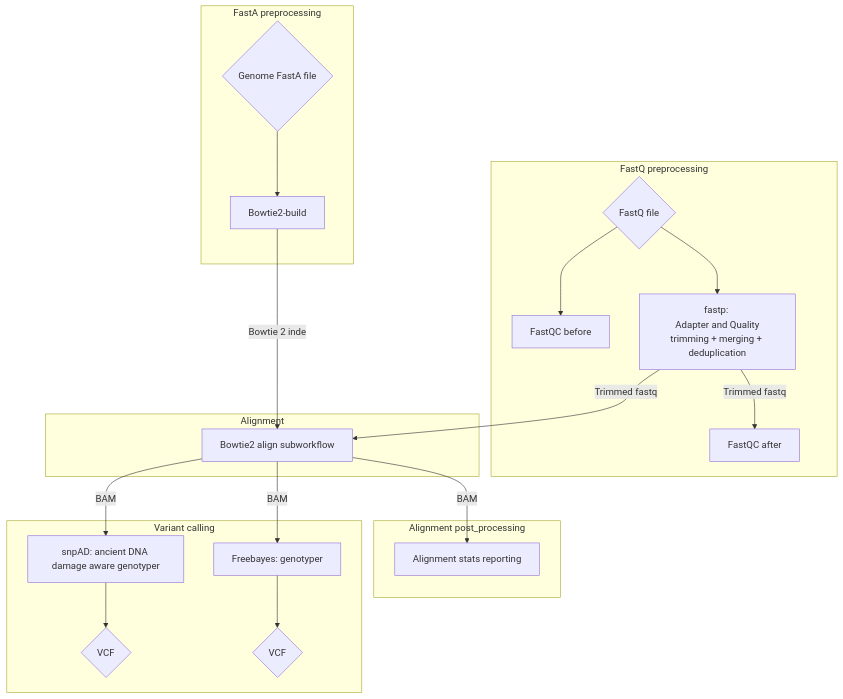
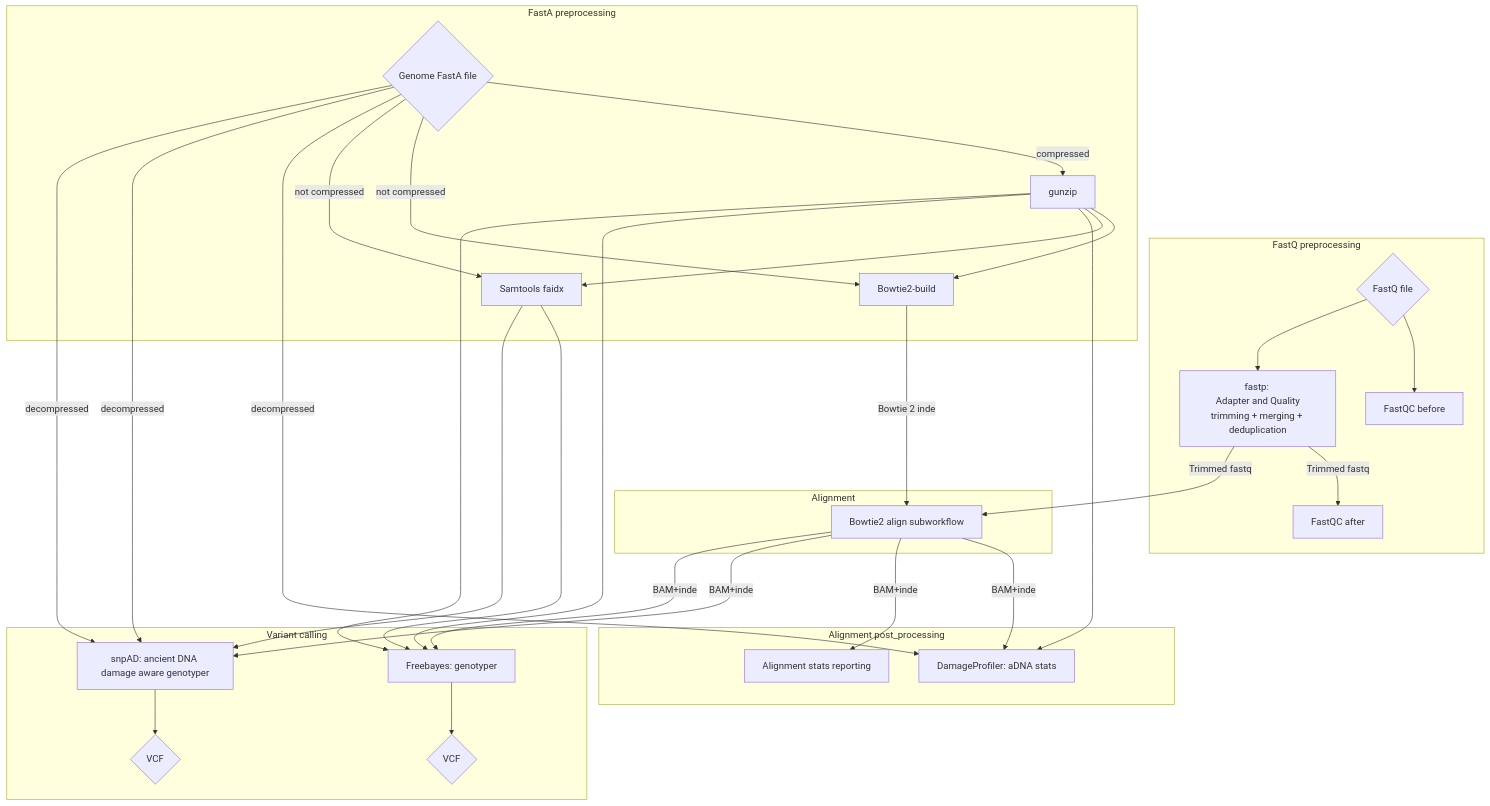
Before and after one commit to maxibor/adnamap: the diagram in README.md, drawn with Mermaid.

````diff
--- a/README.md
+++ b/README.md
@@ -78,37 +78,52 @@
 ```mermaid
 flowchart TD
     subgraph fastq_process[FastQ preprocessing]
         fastq{FastQ file}
         fastqc_before[FastQC before]
         fastp["fastp: \n Adapter and Quality trimming + merging + deduplication"]
         fastqc_after[FastQC after]
         fastq --> fastqc_before
         fastq --> fastp
         fastp -- Trimmed fastq --> fastqc_after
     end
     subgraph fastq_preproprecessing[FastA preprocessing]
         fasta{Genome FastA file}
+        faidx[Samtools faidx]
+        fasta --compressed-->gunzip
+        gunzip-->bowtie2_build
         bowtie2_build[Bowtie2-build]
-        fasta --> bowtie2_build
+        fasta--not compressed--> bowtie2_build
+        gunzip-->faidx
+        fasta--not compressed-->faidx
     end
     subgraph alignment[Alignment]
         bowtie2_align["Bowtie2 align subworkflow"]
         bowtie2_build --Bowtie 2 index--> bowtie2_align
         fastp --Trimmed fastq--> bowtie2_align
     end
     subgraph alignment_post[Alignment post_processing]
         qualimap[Alignment stats reporting]
-        bowtie2_align--BAM-->qualimap
+        damageprofiler[DamageProfiler: aDNA stats]
+        fasta--decompressed-->damageprofiler
+        gunzip-->damageprofiler
+        bowtie2_align--BAM+index-->damageprofiler
+        bowtie2_align--BAM+index-->qualimap
     end
     subgraph variant_calling[Variant calling]
         snpAD["snpAD: ancient DNA damage aware genotyper"]
         freebayes["Freebayes: genotyper"]
 
-        bowtie2_align--BAM-->snpAD
-        bowtie2_align--BAM-->freebayes
+        bowtie2_align--BAM+index-->snpAD
+        bowtie2_align--BAM+index-->freebayes
+        fasta--decompressed-->snpAD
+        gunzip-->freebayes
+        faidx-->freebayes
+        fasta--decompressed-->snpAD
+        gunzip-->freebayes
+        faidx-->snpAD
         vcf1{VCF}
         vcf2{VCF}
         snpAD --> vcf1
         freebayes --> vcf2
     end
 ```
````
